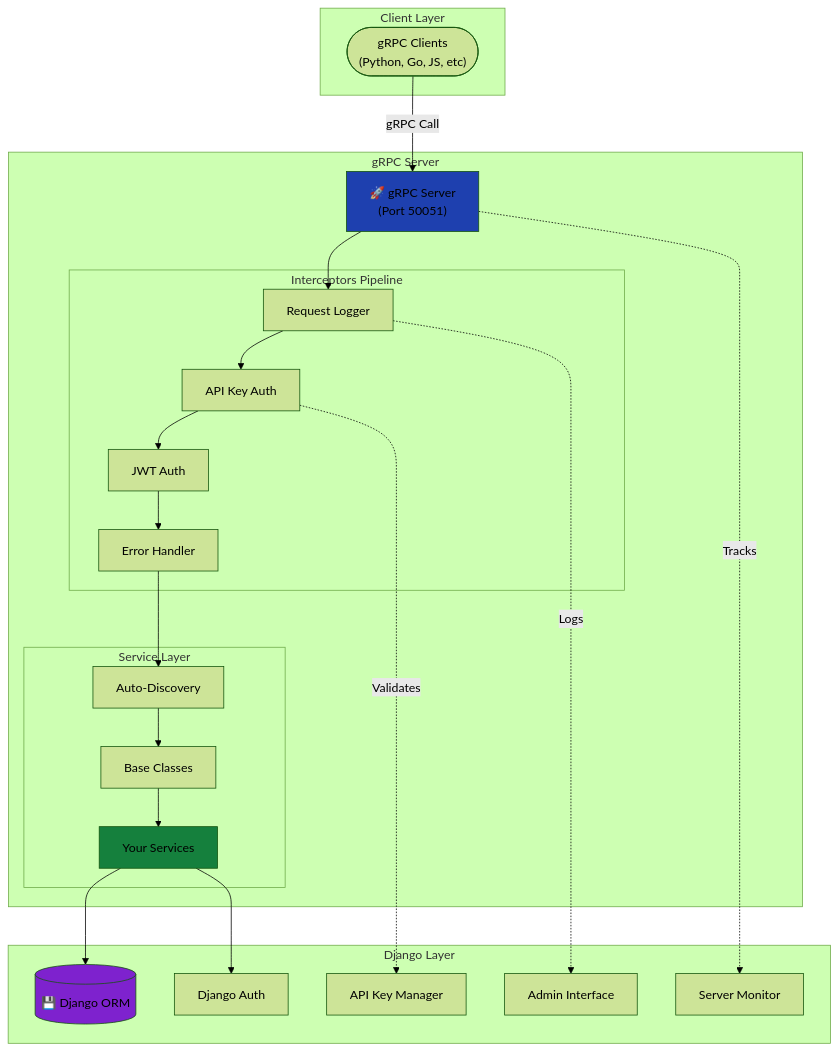
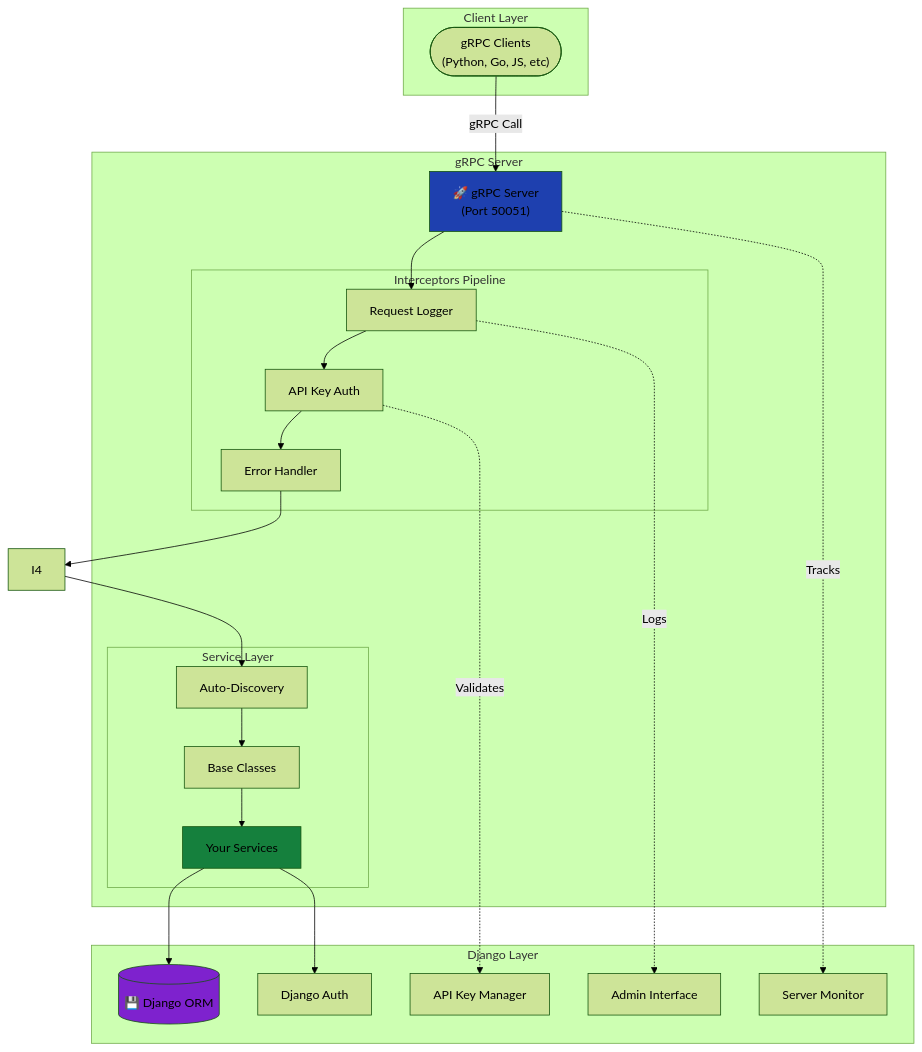
The first of 7 diagrams in docs/features/integrations/grpc/concepts.md (markolofsen/django-cfg), drawn with Mermaid (forest theme) before and after one commit. The commit also changed other lines of this file and 41 other files, not shown here.

````diff
--- a/docs/features/integrations/grpc/concepts.md
+++ b/docs/features/integrations/grpc/concepts.md
@@ -18,44 +18,43 @@
 ```mermaid
 graph TB
     subgraph "Client Layer"
         Client(["gRPC Clients<br/>(Python, Go, JS, etc)"])
     end
 
     subgraph "gRPC Server"
         Server["🚀 gRPC Server<br/>(Port 50051)"]
 
         subgraph "Interceptors Pipeline"
             I1["Request Logger"]
             I2["API Key Auth"]
-            I3["JWT Auth"]
-            I4["Error Handler"]
+            I3["Error Handler"]
         end
 
         subgraph "Service Layer"
             Discovery["Auto-Discovery"]
             Base["Base Classes"]
             Services["Your Services"]
         end
     end
 
     subgraph "Django Layer"
         ORM[("💾 Django ORM")]
         Auth["Django Auth"]
         Admin["Admin Interface"]
         ApiKeys["API Key Manager"]
         ServerStatus["Server Monitor"]
     end
 
     Client -->|gRPC Call| Server
     Server --> I1 --> I2 --> I3 --> I4
     I4 --> Discovery --> Base --> Services
     Services --> ORM
     Services --> Auth
     I1 -.->|Logs| Admin
     I2 -.->|Validates| ApiKeys
     Server -.->|Tracks| ServerStatus
 
     style Server fill:#1e40af
     style Services fill:#15803d
     style ORM fill:#7e22ce
 ```
````
